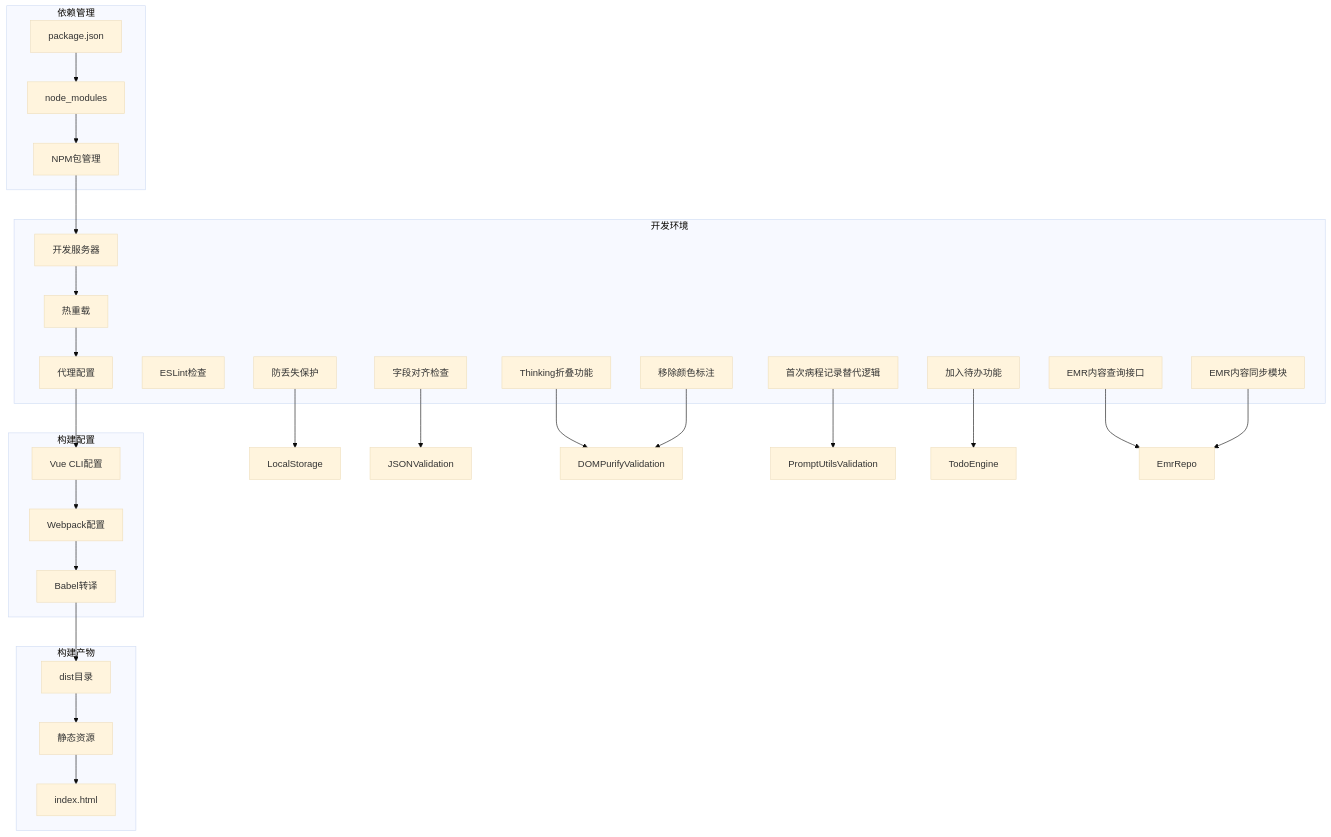
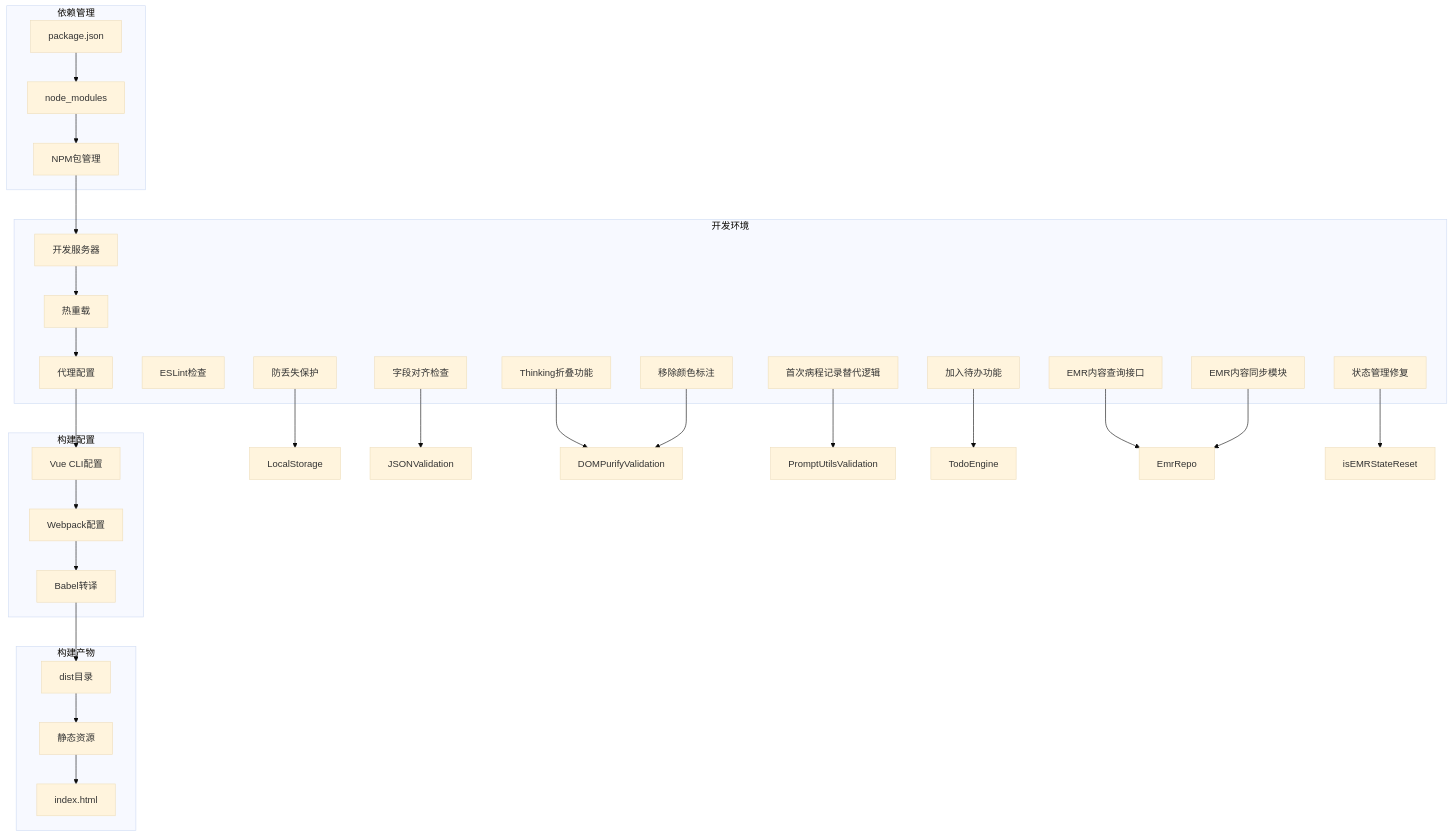
One commit to liuzh2008/med_ai_assistant_workspace changed diagram 16 of 18 in .qoder/repowiki/zh/content/Medical Record Operation Guide.md. Above: the diagram before and after it, drawn with Mermaid (base theme). The commit also changed other lines of this file and 3 other files, not shown here.

````diff
--- a/.qoder/repowiki/zh/content/Medical Record Operation Guide.md
+++ b/.qoder/repowiki/zh/content/Medical Record Operation Guide.md
@@ -1987,51 +2064,53 @@
 ```mermaid
 graph TB
 subgraph "开发环境"
 DevServer[开发服务器]
 HotReload[热重载]
 Proxy[代理配置]
 ESLint[ESLint检查]
 DraftProtection[防丢失保护]
 FieldAlignment[字段对齐检查]
 ThinkingFold[Thinking折叠功能]
 FirstCourseSubstitute[首次病程记录替代逻辑]
 AddToTodo[加入待办功能]
 RemoveColorHighlight[移除颜色标注]
 EMRContentQuery[EMR内容查询接口]
 EMRContentSync[EMR内容同步模块]
+StateManagement[状态管理修复]
 end
 subgraph "构建配置"
 VueCLI[Vue CLI配置]
 Webpack[Webpack配置]
 Babel[Babel转译]
 end
 subgraph "依赖管理"
 PackageJSON[package.json]
 NodeModules[node_modules]
 NPM[NPM包管理]
 end
 subgraph "构建产物"
 Dist[dist目录]
 Assets[静态资源]
 IndexHTML[index.html]
 end
 DevServer --> HotReload
 HotReload --> Proxy
 Proxy --> VueCLI
 VueCLI --> Webpack
 Webpack --> Babel
 Babel --> Dist
 PackageJSON --> NodeModules
 NodeModules --> NPM
 NPM --> DevServer
 Dist --> Assets
 Assets --> IndexHTML
 DraftProtection --> LocalStorage
 FieldAlignment --> JSONValidation
 ThinkingFold --> DOMPurifyValidation
 FirstCourseSubstitute --> PromptUtilsValidation
 AddToTodo --> TodoEngine
 RemoveColorHighlight --> DOMPurifyValidation
 EMRContentQuery --> EmrRepo
 EMRContentSync --> EmrRepo
+StateManagement --> isEMRStateReset
 ```
````
